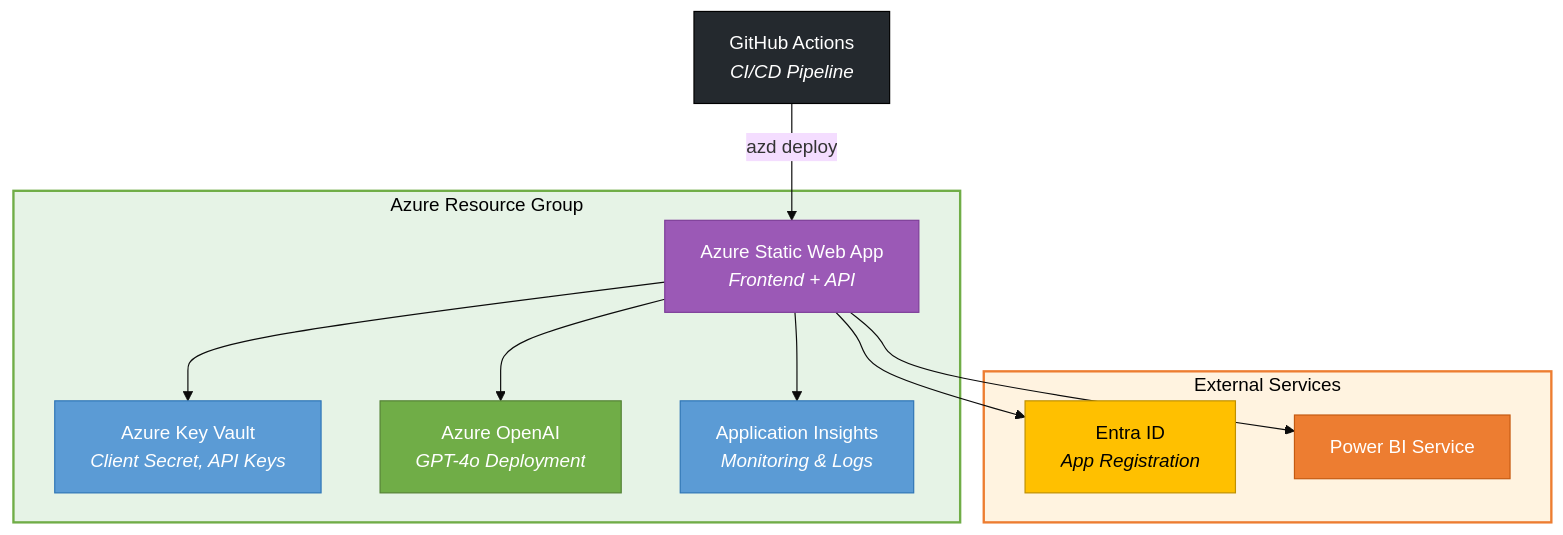
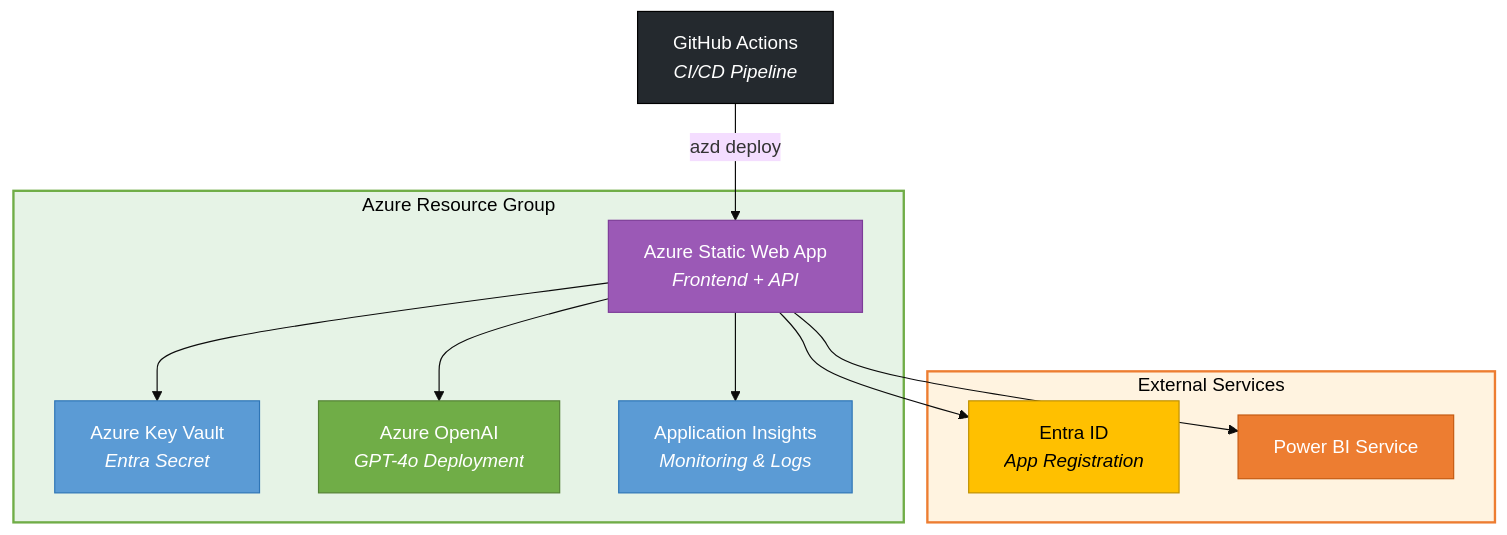
One commit to fredgis/OfficeAddin changed the seventh of 7 diagrams in docs/architecture.md. Above: the diagram before and after it, drawn with Mermaid. The commit also changed other lines of this file and 13 other files, not shown here.

First line of the commit message:
feat: replace Azure OpenAI API keys with Managed Identity (DefaultAzureCredential)

````diff
--- a/docs/architecture.md
+++ b/docs/architecture.md
@@ -307,34 +307,34 @@
 ```mermaid
 %%{init: {'theme': 'base'}}%%
 graph TB
     subgraph RG["Azure Resource Group"]
         SWA["Azure Static Web App<br/><i>Frontend + API</i>"]
-        KV["Azure Key Vault<br/><i>Client Secret, API Keys</i>"]
+        KV["Azure Key Vault<br/><i>Entra Secret</i>"]
         AOAI["Azure OpenAI<br/><i>GPT-4o Deployment</i>"]
         AI["Application Insights<br/><i>Monitoring & Logs</i>"]
     end
 
     subgraph EXTERNAL["External Services"]
         ENTRA["Entra ID<br/><i>App Registration</i>"]
         PBI["Power BI Service"]
     end
 
     GH["GitHub Actions<br/><i>CI/CD Pipeline</i>"]
 
     GH -->|"azd deploy"| SWA
     SWA --> KV
     SWA --> AOAI
     SWA --> AI
     SWA --> ENTRA
     SWA --> PBI
 
     style RG fill:#E6F3E6,stroke:#70AD47,stroke-width:2px,color:#000
     style SWA fill:#9B59B6,stroke:#7D3C98,color:#fff
     style KV fill:#5B9BD5,stroke:#2E75B6,color:#fff
     style AOAI fill:#70AD47,stroke:#548235,color:#fff
     style AI fill:#5B9BD5,stroke:#2E75B6,color:#fff
     style EXTERNAL fill:#FFF3E0,stroke:#ED7D31,stroke-width:2px,color:#000
     style ENTRA fill:#FFC000,stroke:#BF9000,color:#000
     style PBI fill:#ED7D31,stroke:#C55A11,color:#fff
     style GH fill:#24292E,stroke:#000,color:#fff
 ```
````
